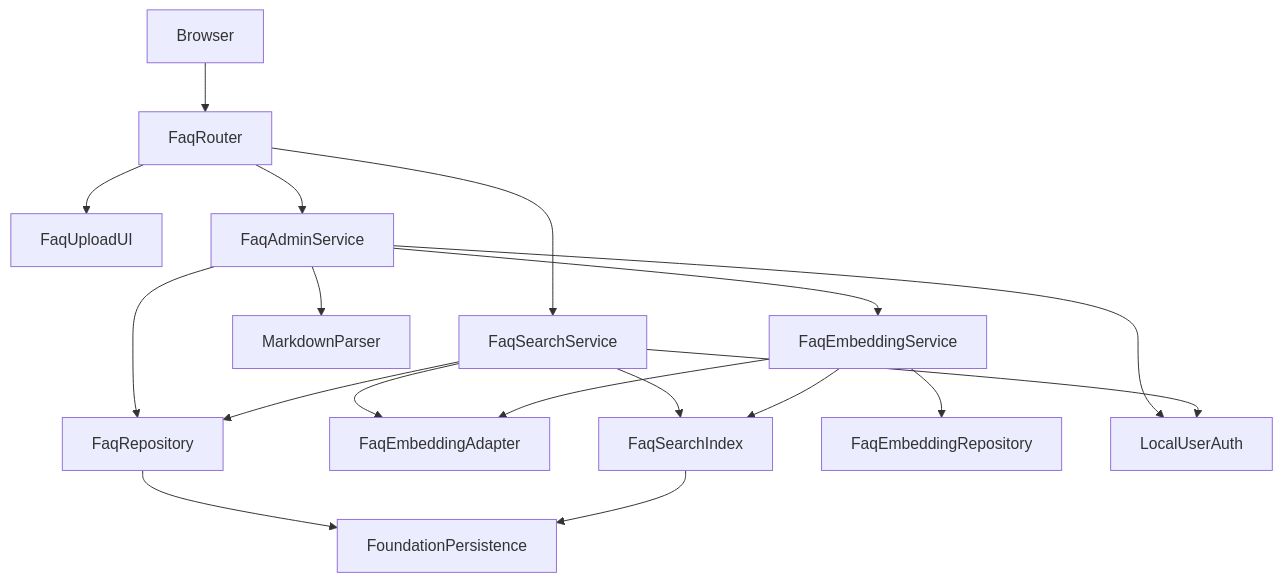
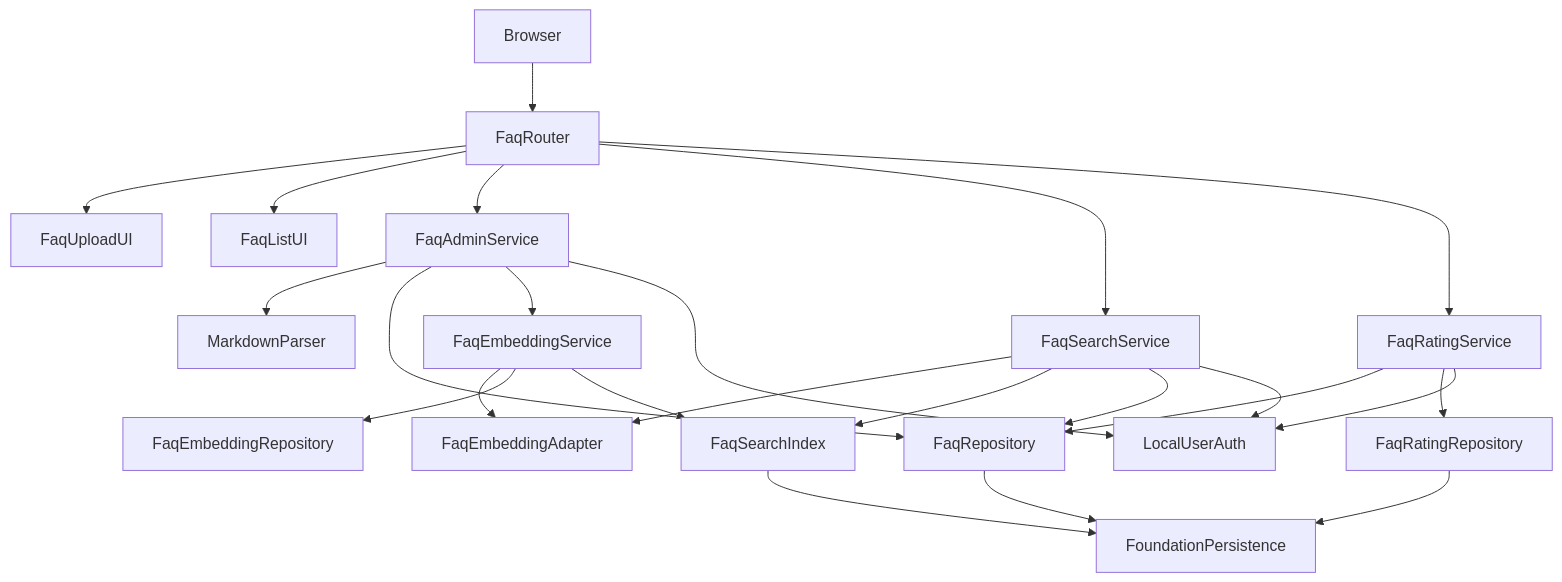
One commit to iwamuratakashi/cc-sdd-workshop-team7-helpo changed the first of 5 diagrams in .kiro/specs/faq-management-and-search/design.md. Above: the diagram before and after it, drawn with Mermaid. The commit also changed other lines of this file and 22 other files, not shown here.

````diff
--- a/.kiro/specs/faq-management-and-search/design.md
+++ b/.kiro/specs/faq-management-and-search/design.md
@@ -73,20 +79,26 @@
 ```mermaid
 graph TB
     Browser --> FaqRouter
     FaqRouter --> FaqUploadUI
+    FaqRouter --> FaqListUI
     FaqRouter --> FaqAdminService
     FaqRouter --> FaqSearchService
+    FaqRouter --> FaqRatingService
     FaqAdminService --> MarkdownParser
     FaqAdminService --> FaqRepository
     FaqAdminService --> FaqEmbeddingService
+    FaqRatingService --> FaqRepository
+    FaqRatingService --> FaqRatingRepository
     FaqSearchService --> FaqEmbeddingAdapter
     FaqSearchService --> FaqSearchIndex
     FaqSearchService --> FaqRepository
     FaqEmbeddingService --> FaqEmbeddingAdapter
     FaqEmbeddingService --> FaqEmbeddingRepository
     FaqEmbeddingService --> FaqSearchIndex
     FaqRepository --> FoundationPersistence
+    FaqRatingRepository --> FoundationPersistence
     FaqSearchIndex --> FoundationPersistence
     FaqAdminService --> LocalUserAuth
     FaqSearchService --> LocalUserAuth
+    FaqRatingService --> LocalUserAuth
 ```
````
